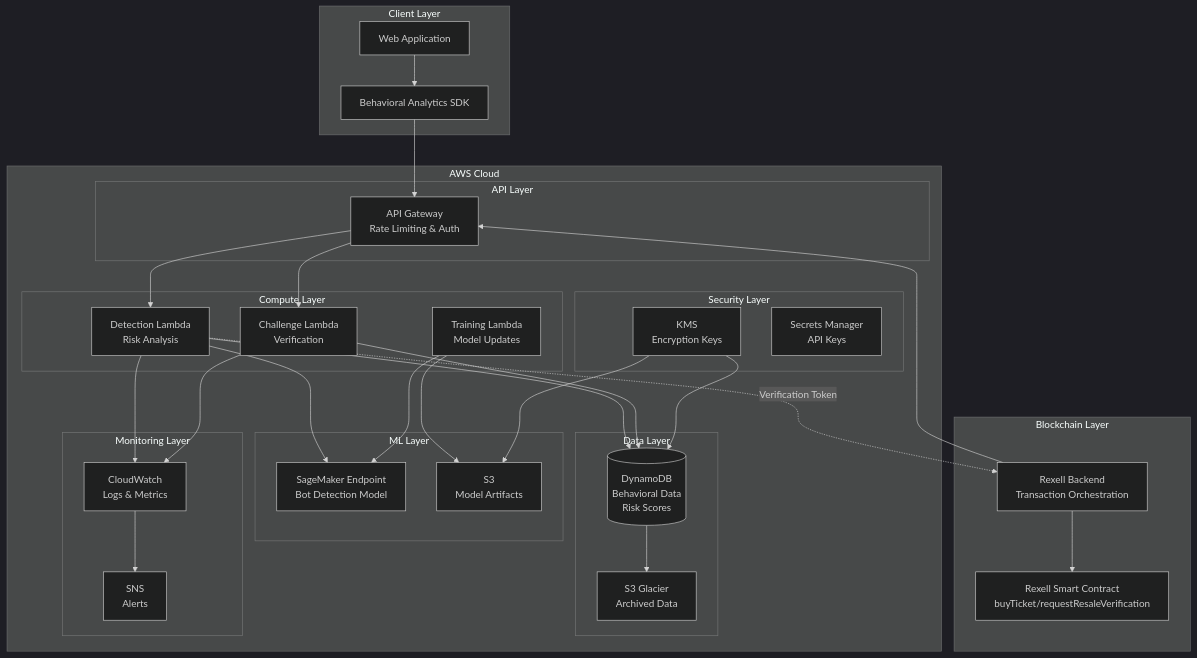
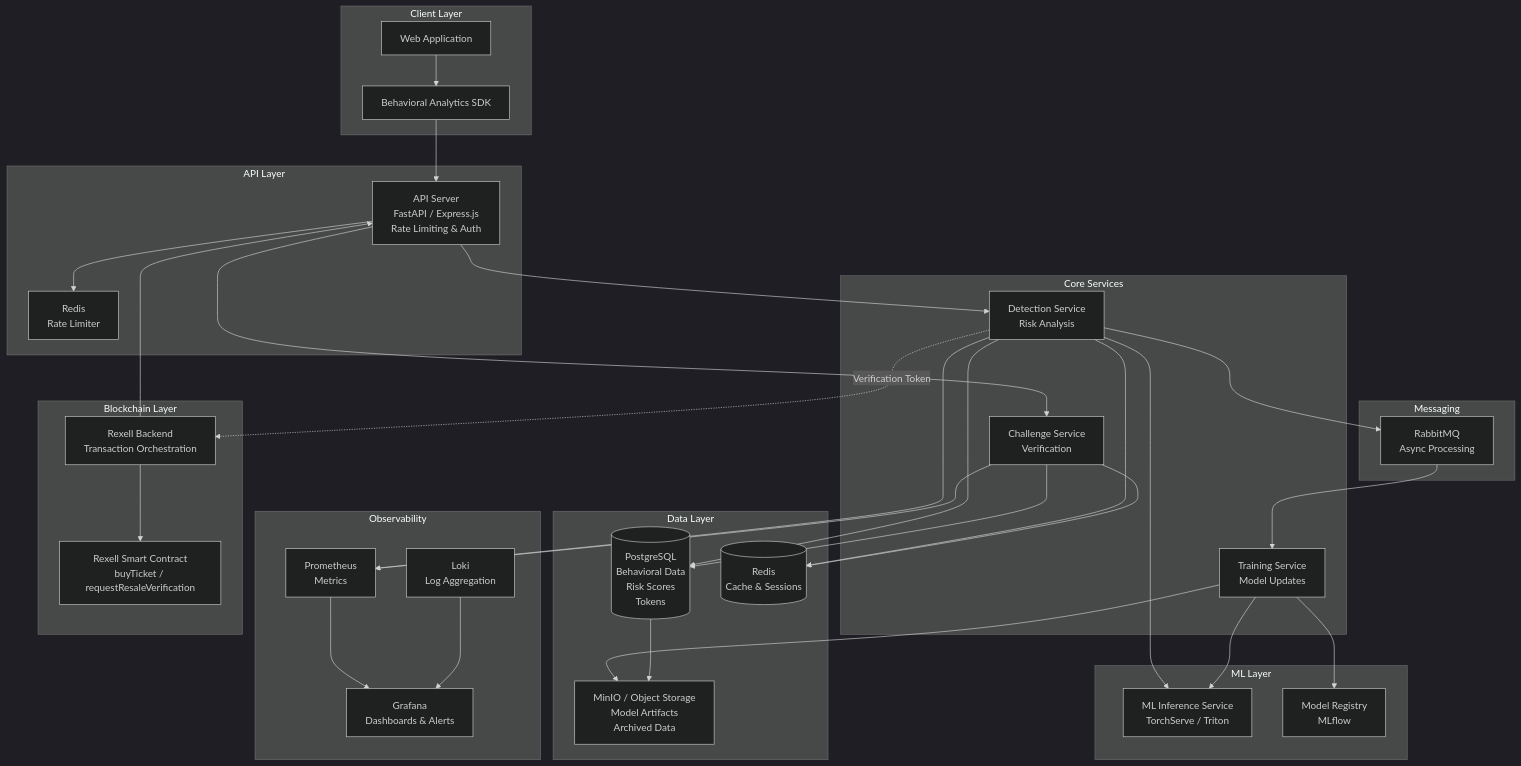
The first of 2 diagrams in .kiro/specs/rexell-ai-bot-detection-integration/design.md (Sayyed23/Rexell), drawn with Mermaid (dark theme) before and after one commit. The commit also changed other lines of this file and 5 other files, not shown here.

Commit message:
feat: implement deployment script and architecture specifications for Rexell AI bot detection integration

````diff
--- a/.kiro/specs/rexell-ai-bot-detection-integration/design.md
+++ b/.kiro/specs/rexell-ai-bot-detection-integration/design.md
@@ -32,63 +33,68 @@
 ```mermaid
 graph TB
     subgraph "Client Layer"
         WebApp[Web Application]
         BehavioralSDK[Behavioral Analytics SDK]
     end
-    
-    subgraph "AWS Cloud"
-        subgraph "API Layer"
-            APIGateway[API Gateway<br/>Rate Limiting & Auth]
-        end
-        
-        subgraph "Compute Layer"
-            DetectionLambda[Detection Lambda<br/>Risk Analysis]
-            ChallengeLambda[Challenge Lambda<br/>Verification]
-            TrainingLambda[Training Lambda<br/>Model Updates]
-        end
-        
-        subgraph "ML Layer"
-            SageMaker[SageMaker Endpoint<br/>Bot Detection Model]
-            S3Models[S3<br/>Model Artifacts]
-        end
-        
-        subgraph "Data Layer"
-            DynamoDB[(DynamoDB<br/>Behavioral Data<br/>Risk Scores)]
-            S3Archive[S3 Glacier<br/>Archived Data]
-        end
-        
-        subgraph "Security Layer"
-            KMS[KMS<br/>Encryption Keys]
-            Secrets[Secrets Manager<br/>API Keys]
-        end
-        
-        subgraph "Monitoring Layer"
-            CloudWatch[CloudWatch<br/>Logs & Metrics]
-            SNS[SNS<br/>Alerts]
-        end
+
+    subgraph "API Layer"
+        APIServer[API Server<br/>FastAPI / Express.js<br/>Rate Limiting & Auth]
+        RateLimiter[Redis<br/>Rate Limiter]
     end
-    
+
+    subgraph "Core Services"
+        DetectionService[Detection Service<br/>Risk Analysis]
+        ChallengeService[Challenge Service<br/>Verification]
+        TrainingService[Training Service<br/>Model Updates]
+    end
+
+    subgraph "ML Layer"
+        MLInference[ML Inference Service<br/>TorchServe / Triton]
+        ModelRegistry[Model Registry<br/>MLflow]
+    end
+
+    subgraph "Data Layer"
+        PostgreSQL[(PostgreSQL<br/>Behavioral Data<br/>Risk Scores<br/>Tokens)]
+        Redis[(Redis<br/>Cache & Sessions)]
+        MinIO[MinIO / Object Storage<br/>Model Artifacts<br/>Archived Data]
+    end
+
+    subgraph "Messaging"
+        RabbitMQ[RabbitMQ<br/>Async Processing]
+    end
+
+    subgraph "Observability"
+        Prometheus[Prometheus<br/>Metrics]
+        Grafana[Grafana<br/>Dashboards & Alerts]
+        Loki[Loki<br/>Log Aggregation]
+    end
+
     subgraph "Blockchain Layer"
-        RexellContract[Rexell Smart Contract<br/>buyTicket/requestResaleVerification]
+        RexellContract[Rexell Smart Contract<br/>buyTicket / requestResaleVerification]
         Backend[Rexell Backend<br/>Transaction Orchestration]
     end
-    
+
     WebApp --> BehavioralSDK
-    BehavioralSDK --> APIGateway
-    APIGateway --> DetectionLambda
-    APIGateway --> ChallengeLambda
-    DetectionLambda --> SageMaker
-    DetectionLambda --> DynamoDB
-    ChallengeLambda --> DynamoDB
-    TrainingLambda --> SageMaker
-    TrainingLambda --> S3Models
-    DynamoDB --> S3Archive
-    DetectionLambda --> CloudWatch
-    ChallengeLambda --> CloudWatch
-    CloudWatch --> SNS
-    KMS --> DynamoDB
-    KMS --> S3Models
-    Backend --> APIGateway
+    BehavioralSDK --> APIServer
+    APIServer --> RateLimiter
+    APIServer --> DetectionService
+    APIServer --> ChallengeService
+    DetectionService --> MLInference
+    DetectionService --> PostgreSQL
+    DetectionService --> Redis
+    ChallengeService --> PostgreSQL
+    ChallengeService --> Redis
+    TrainingService --> MLInference
+    TrainingService --> ModelRegistry
+    TrainingService --> MinIO
+    PostgreSQL --> MinIO
+    DetectionService --> RabbitMQ
+    RabbitMQ --> TrainingService
+    DetectionService --> Prometheus
+    ChallengeService --> Prometheus
+    Prometheus --> Grafana
+    Loki --> Grafana
+    Backend --> APIServer
     Backend --> RexellContract
-    DetectionLambda -.Verification Token.-> Backend
+    DetectionService -.Verification Token.-> Backend
 ```
````
